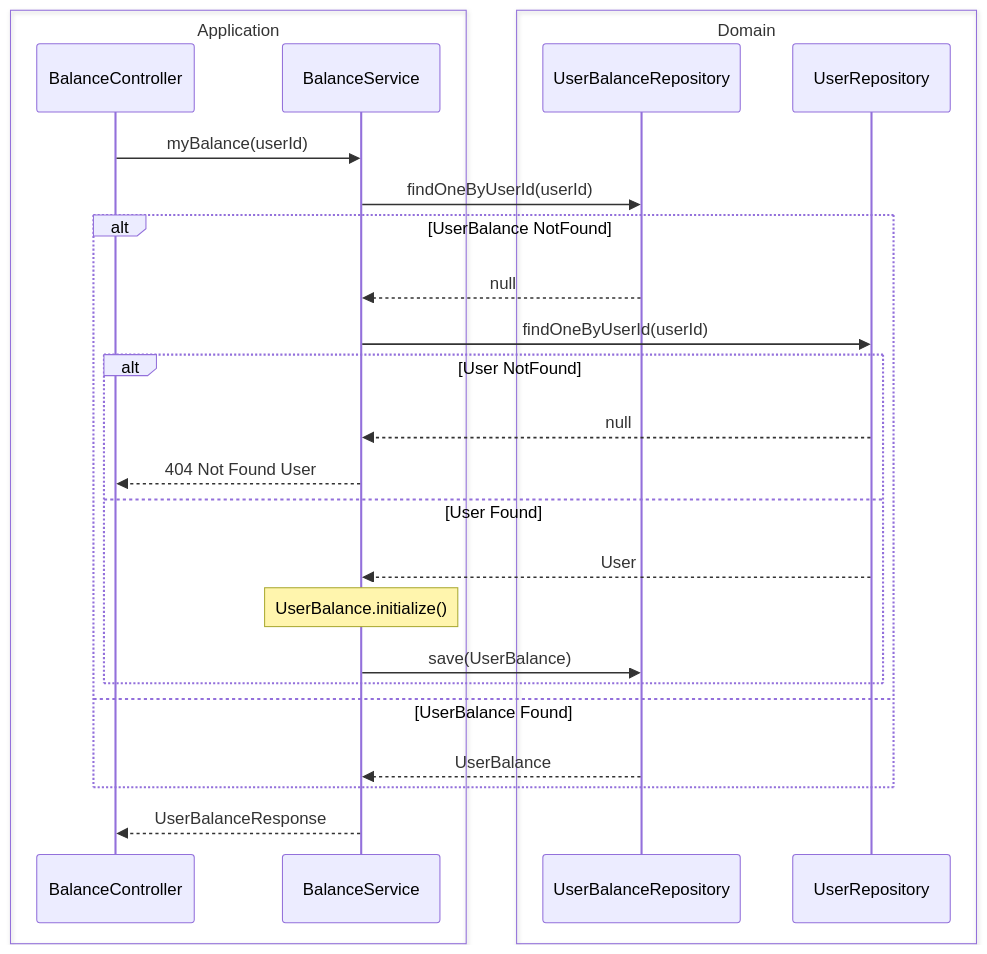
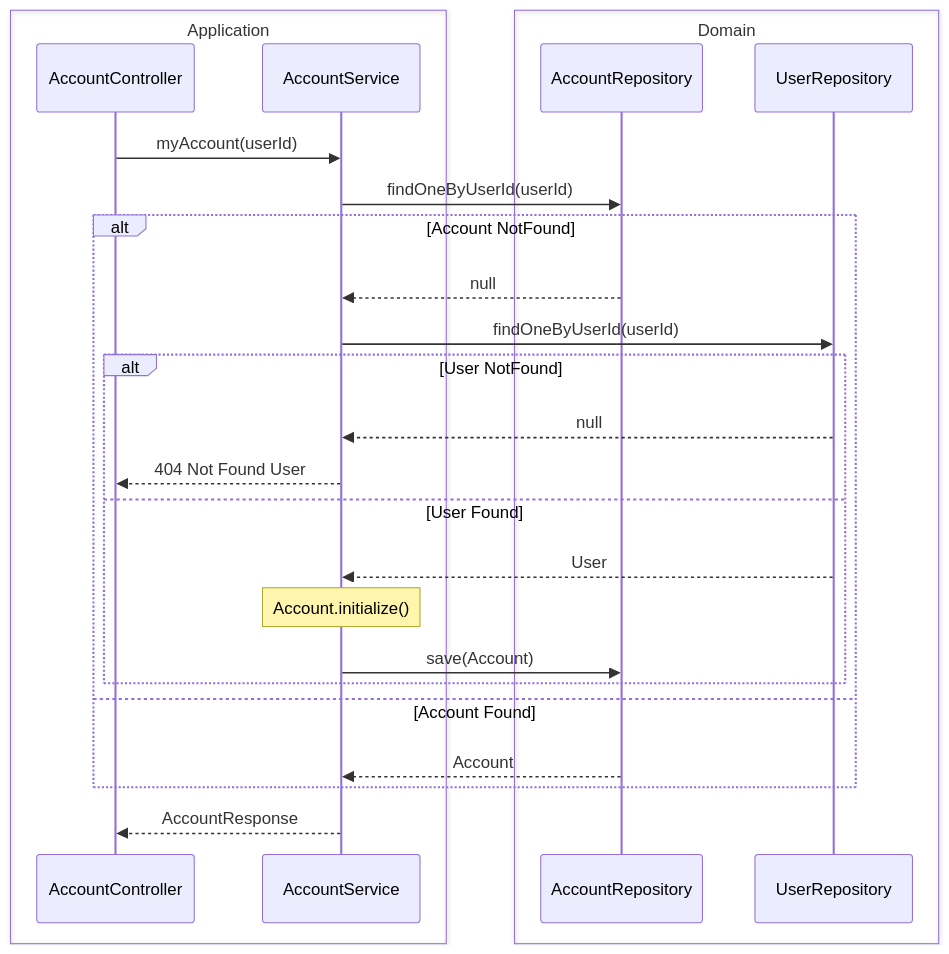
The second of 4 diagrams in docs/api/account.md (newbieJanghan/hh_plus_server), drawn with Mermaid before and after one commit. The commit also changed other lines of this file and 23 other files, not shown here.

Commit message:
Chore: rename balance to account

````diff
--- a/docs/api/account.md
+++ b/docs/api/account.md
@@ -66,31 +66,31 @@
 ```mermaid
 sequenceDiagram
     box Application
-        participant BalanceController
-        participant BalanceService
+        participant AccountController
+        participant AccountService
     end
     box Domain
-        participant UserBalanceRepository
+        participant AccountRepository
         participant UserRepository
     end
 #
-    BalanceController ->> BalanceService: myBalance(userId)
-    BalanceService ->> UserBalanceRepository: findOneByUserId(userId)
-    alt UserBalance NotFound
-        UserBalanceRepository -->> BalanceService: null
-        BalanceService ->> UserRepository: findOneByUserId(userId)
+    AccountController ->> AccountService: myAccount(userId)
+    AccountService ->> AccountRepository: findOneByUserId(userId)
+    alt Account NotFound
+        AccountRepository -->> AccountService: null
+        AccountService ->> UserRepository: findOneByUserId(userId)
         alt User NotFound
-            UserRepository -->> BalanceService: null
-            BalanceService -->> BalanceController: 404 Not Found User
+            UserRepository -->> AccountService: null
+            AccountService -->> AccountController: 404 Not Found User
         else User Found
-            UserRepository -->> BalanceService: User
-            Note over BalanceService: UserBalance.initialize()
-            BalanceService ->> UserBalanceRepository: save(UserBalance)
+            UserRepository -->> AccountService: User
+            Note over AccountService: Account.initialize()
+            AccountService ->> AccountRepository: save(Account)
         end
-    else UserBalance Found
-        UserBalanceRepository -->> BalanceService: UserBalance
+    else Account Found
+        AccountRepository -->> AccountService: Account
     end
 
 #
-    BalanceService -->> BalanceController: UserBalanceResponse
+    AccountService -->> AccountController: AccountResponse
 ```
````
